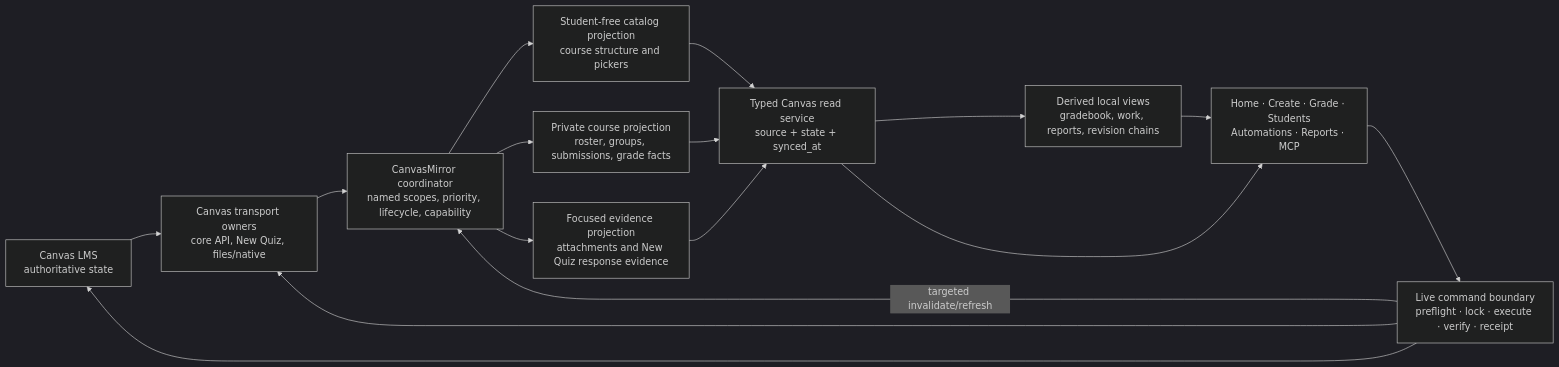
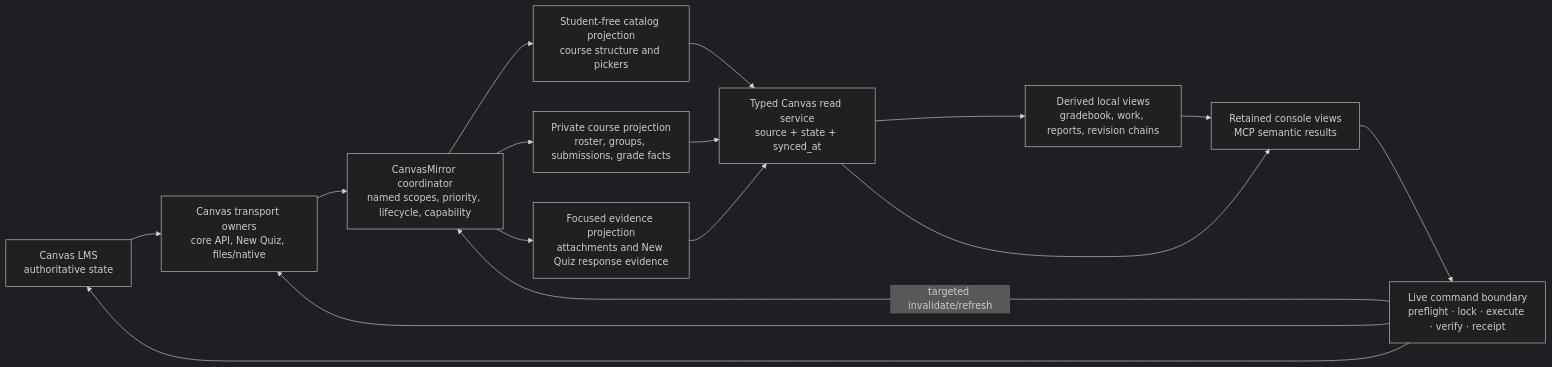
Before and after one commit to longhornteacher/canvasexpert: the diagram in docs/reference/canvasmirror-1.0beta-information-spine.md, drawn with Mermaid (dark theme). The commit also changed other lines of this file and 84 other files, not shown here.

````diff
--- a/docs/reference/canvasmirror-1.0beta-information-spine.md
+++ b/docs/reference/canvasmirror-1.0beta-information-spine.md
@@ -231,33 +239,33 @@
 ```mermaid
 flowchart LR
     Canvas["Canvas LMS<br/>authoritative state"]
     Transport["Canvas transport owners<br/>core API, New Quiz, files/native"]
     Coordinator["CanvasMirror coordinator<br/>named scopes, priority, lifecycle, capability"]
 
     Catalog["Student-free catalog projection<br/>course structure and pickers"]
     Private["Private course projection<br/>roster, groups, submissions, grade facts"]
     Evidence["Focused evidence projection<br/>attachments and New Quiz response evidence"]
     Views["Derived local views<br/>gradebook, work, reports, revision chains"]
 
     ReadService["Typed Canvas read service<br/>source + state + synced_at"]
-    UI["Home · Create · Grade · Students<br/>Automations · Reports · MCP"]
+    UI["Retained console views<br/>MCP semantic results"]
 
     Commands["Live command boundary<br/>preflight · lock · execute · verify · receipt"]
 
     Canvas --> Transport
     Transport --> Coordinator
     Coordinator --> Catalog
     Coordinator --> Private
     Coordinator --> Evidence
     Catalog --> ReadService
     Private --> ReadService
     Evidence --> ReadService
     ReadService --> Views
     Views --> UI
     ReadService --> UI
 
     UI --> Commands
     Commands --> Transport
     Commands --> Canvas
     Commands -->|"targeted invalidate/refresh"| Coordinator
 ```
````
